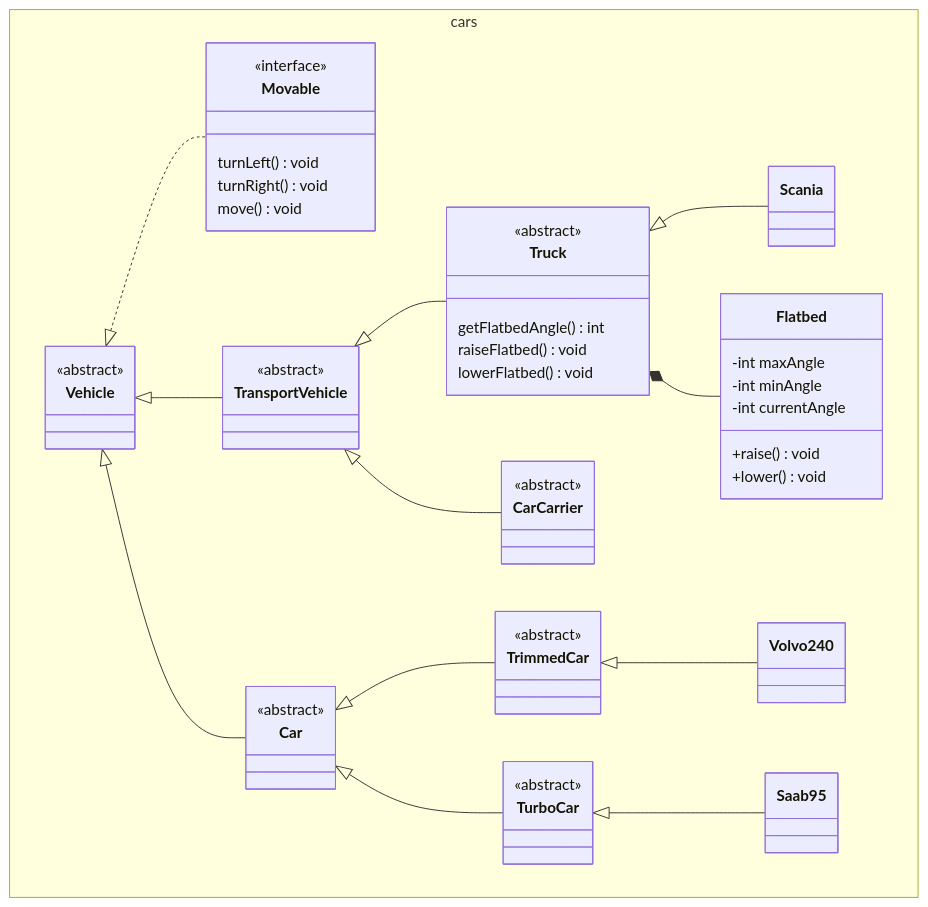
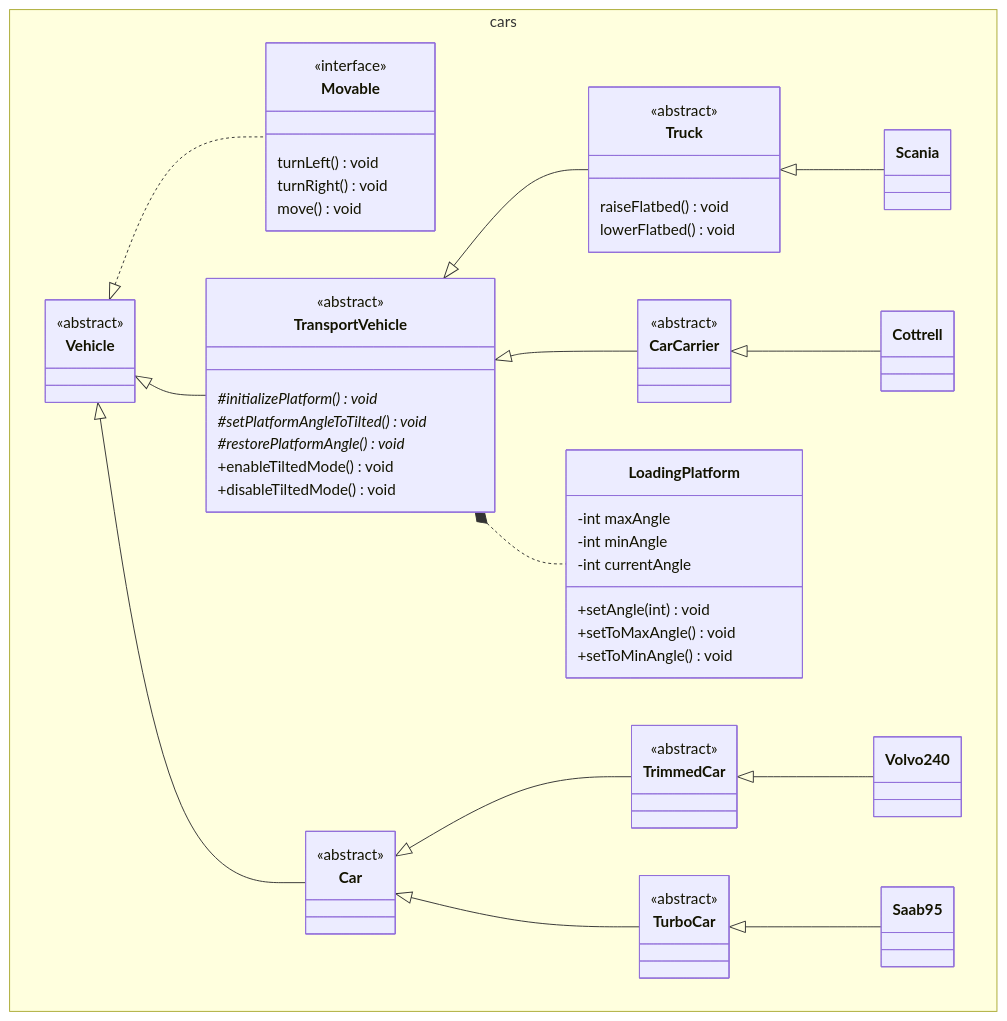
One commit to hasicx/TDA553-lab1 changed the diagram in docs/class-diagram.md. Above: the diagram before and after it, drawn with Mermaid.

Commit message:
docs: Finalize design based on template method pattern

```diff
--- a/docs/class-diagram.md
+++ b/docs/class-diagram.md
@@ -14,13 +14,21 @@
     }
 
     class TransportVehicle {
+      #initializePlatform() void*
+      #setPlatformAngleToTilted() void*
+      #restorePlatformAngle() void*
+      +enableTiltedMode() void
+      +disableTiltedMode() void
     }
 
     class CarCarrier {
     }
 
+    class Cottrell {
+    }
+
     class Truck {
-      getFlatbedAngle() int
+      
       raiseFlatbed() void
       lowerFlatbed() void
     }
@@ -28,12 +36,13 @@
     class Scania {
     }
 
-    class Flatbed {
+    class LoadingPlatform {
       -int maxAngle
       -int minAngle
       -int currentAngle
-      +raise() void
-      +lower() void
+      +setAngle(int) void
+      +setToMaxAngle() void
+      +setToMinAngle() void
     }
 
     class Car {
@@ -66,8 +75,9 @@
   Vehicle <|-- Car
   TransportVehicle <|-- Truck
   TransportVehicle <|-- CarCarrier
+  TransportVehicle *.. LoadingPlatform
   Truck <|-- Scania
-  Truck *-- Flatbed
+  CarCarrier <|-- Cottrell
   Car <|-- TrimmedCar
   Car <|-- TurboCar
   TrimmedCar <|-- Volvo240
```
